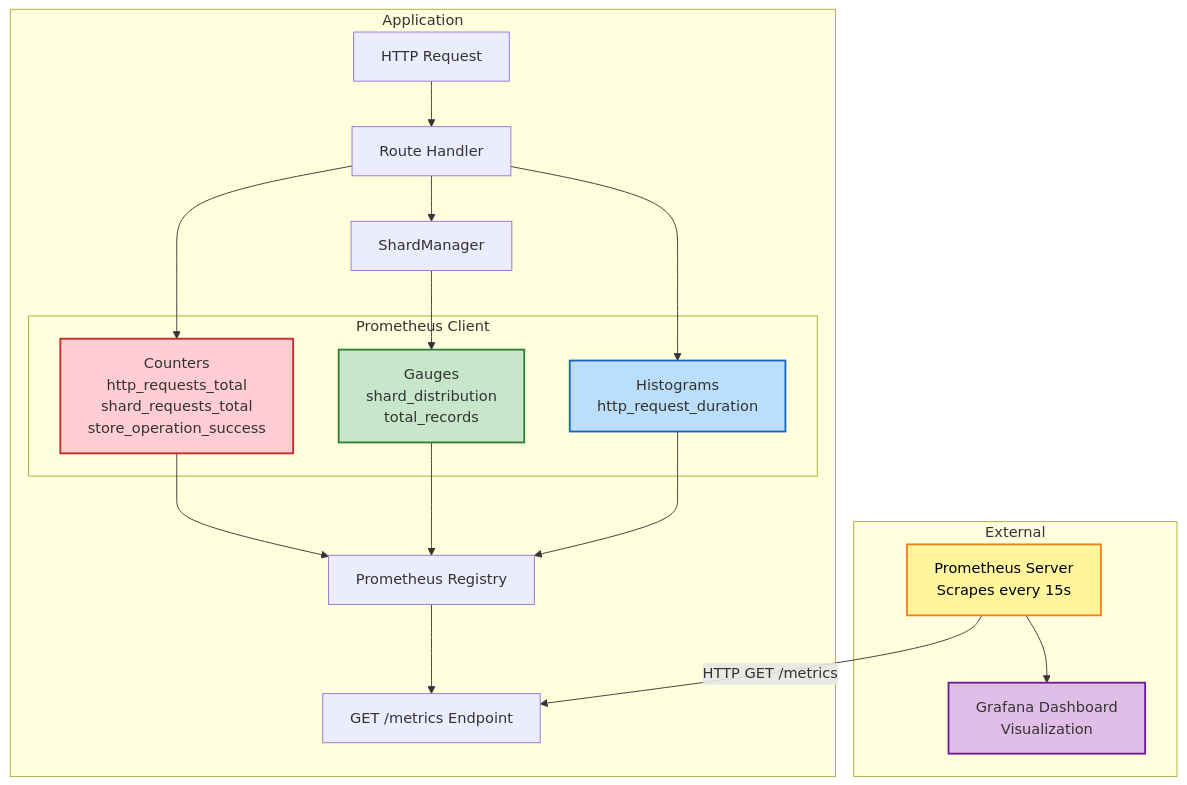
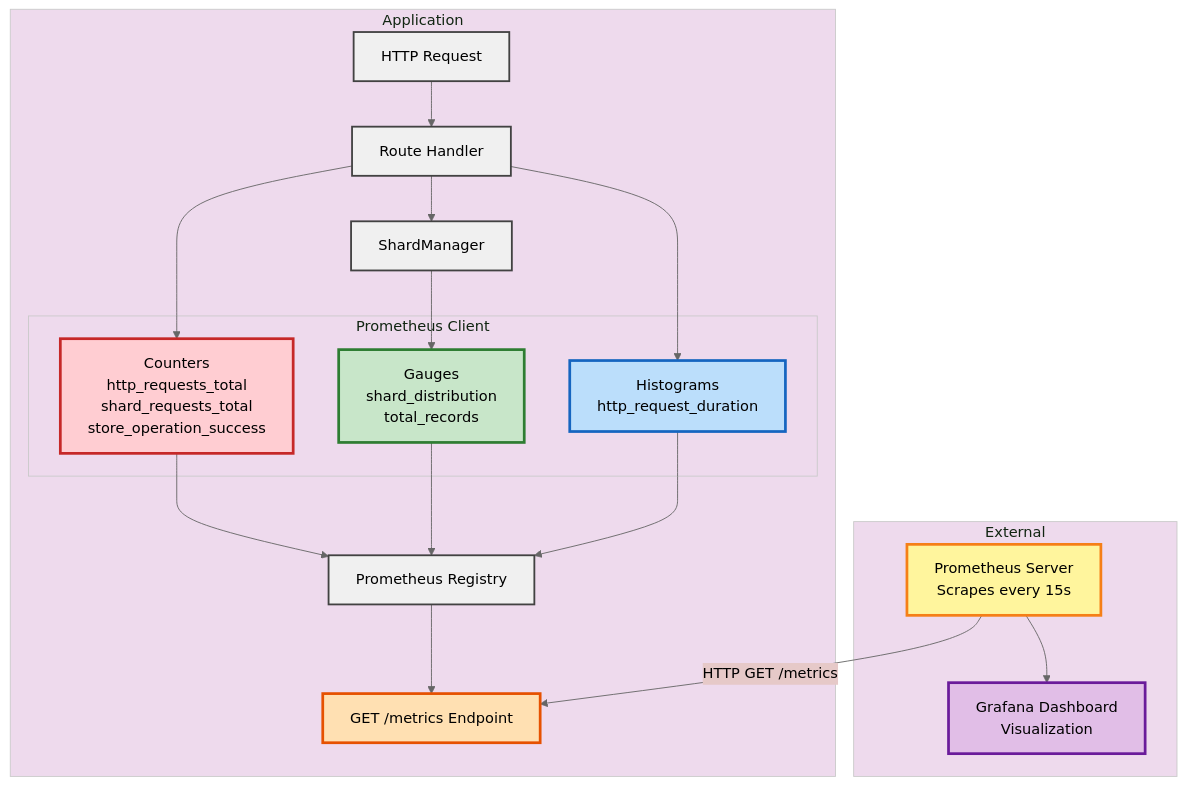
One commit to Demilade01/sharded-data-service changed the eighth of 10 diagrams in ARCHITECTURE.md. Above: the diagram before and after it, drawn with Mermaid. The commit also changed other lines of this file, not shown here.

````diff
--- a/ARCHITECTURE.md
+++ b/ARCHITECTURE.md
@@ -349,42 +353,48 @@
 ```mermaid
+%%{init: {'theme':'base', 'themeVariables': { 'primaryColor':'#c8e6c9','primaryTextColor':'#000','primaryBorderColor':'#2e7d32','lineColor':'#666'}}}%%
 graph TB
     subgraph "Application"
         Request[HTTP Request]
         Handler[Route Handler]
         ShardMgr[ShardManager]
 
         subgraph "Prometheus Client"
             Counter[Counters<br/>http_requests_total<br/>shard_requests_total<br/>store_operation_success]
             Gauge[Gauges<br/>shard_distribution<br/>total_records]
             Histogram[Histograms<br/>http_request_duration]
         end
 
         Registry[Prometheus Registry]
         Endpoint[GET /metrics Endpoint]
     end
 
     subgraph "External"
         Prom[Prometheus Server<br/>Scrapes every 15s]
         Grafana[Grafana Dashboard<br/>Visualization]
     end
 
     Request --> Handler
     Handler --> ShardMgr
     Handler --> Counter
     Handler --> Histogram
     ShardMgr --> Gauge
 
     Counter --> Registry
     Gauge --> Registry
     Histogram --> Registry
 
     Registry --> Endpoint
     Prom -->|HTTP GET /metrics| Endpoint
     Prom --> Grafana
 
-    style Counter fill:#ffcdd2,stroke:#c62828,stroke-width:2px
-    style Gauge fill:#c8e6c9,stroke:#2e7d32,stroke-width:2px
-    style Histogram fill:#bbdefb,stroke:#1565c0,stroke-width:2px
-    style Prom fill:#fff59d,stroke:#f57f17,stroke-width:2px,color:#000
-    style Grafana fill:#e1bee7,stroke:#6a1b9a,stroke-width:2px
+    style Counter fill:#ffcdd2,stroke:#c62828,stroke-width:3px,color:#000
+    style Gauge fill:#c8e6c9,stroke:#2e7d32,stroke-width:3px,color:#000
+    style Histogram fill:#bbdefb,stroke:#1565c0,stroke-width:3px,color:#000
+    style Prom fill:#fff59d,stroke:#f57f17,stroke-width:3px,color:#000
+    style Grafana fill:#e1bee7,stroke:#6a1b9a,stroke-width:3px,color:#000
+    style Request fill:#f0f0f0,stroke:#424242,stroke-width:2px,color:#000
+    style Handler fill:#f0f0f0,stroke:#424242,stroke-width:2px,color:#000
+    style ShardMgr fill:#f0f0f0,stroke:#424242,stroke-width:2px,color:#000
+    style Registry fill:#f0f0f0,stroke:#424242,stroke-width:2px,color:#000
+    style Endpoint fill:#ffe0b2,stroke:#e65100,stroke-width:3px,color:#000
 ```
````
